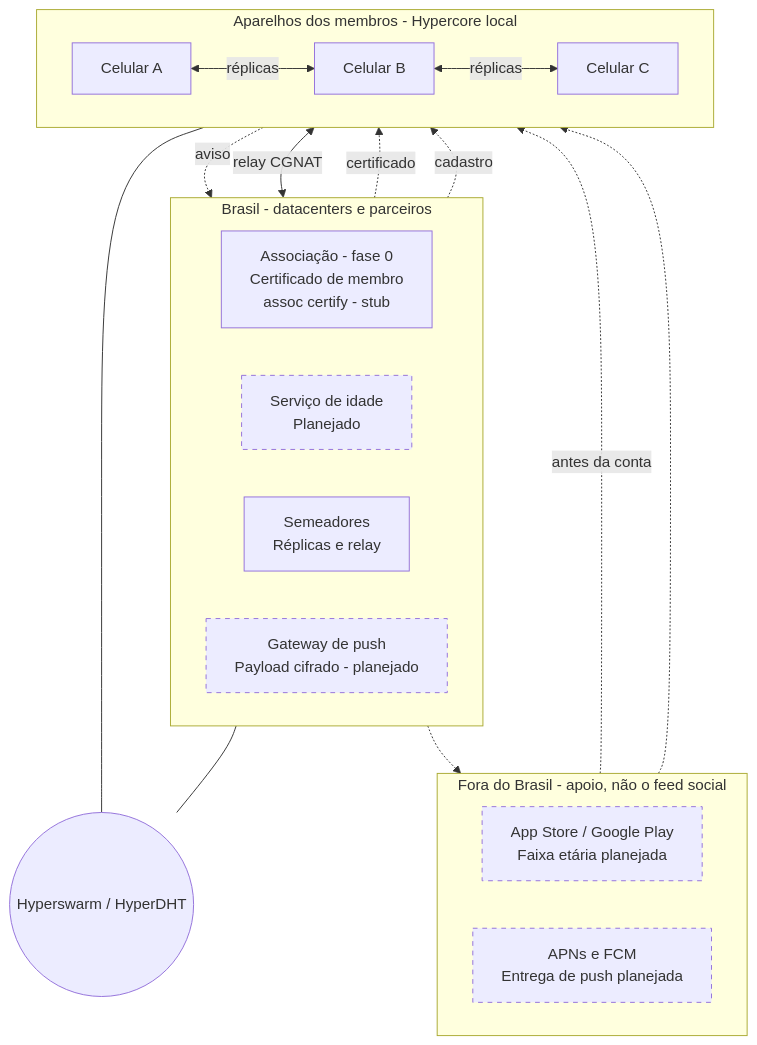
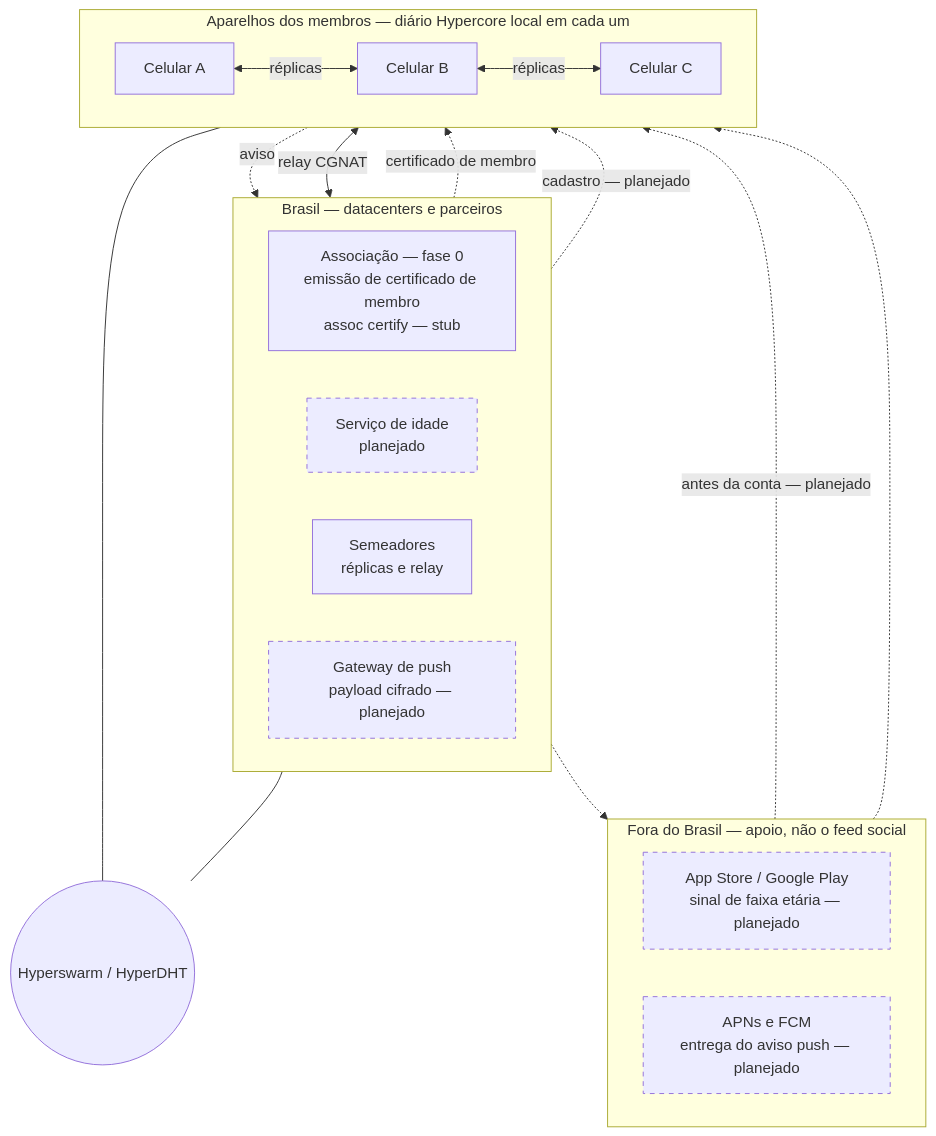
One commit to Varanda-org/varanda changed the first of 3 diagrams in docs/design.md. Above: the diagram before and after it, drawn with Mermaid.

Commit message:
docs(design): restaurar redação do diagrama de arquitetura
Mantém a sintaxe Mermaid segura; volta o texto original nos nós e arestas
em vez de rótulos abreviados ou reformulados.

````diff
--- a/docs/design.md
+++ b/docs/design.md
@@ -42,42 +42,42 @@
 ```mermaid
 flowchart TB
   classDef planned stroke-dasharray: 5 5
 
-  subgraph fora["Fora do Brasil - apoio, não o feed social"]
+  subgraph fora["Fora do Brasil — apoio, não o feed social"]
     direction LR
-    LOJA["App Store / Google Play<br/>Faixa etária planejada"]
-    APNS["APNs e FCM<br/>Entrega de push planejada"]
+    LOJA["App Store / Google Play<br/>sinal de faixa etária — planejado"]
+    APNS["APNs e FCM<br/>entrega do aviso push — planejado"]
   end
 
-  subgraph br["Brasil - datacenters e parceiros"]
+  subgraph br["Brasil — datacenters e parceiros"]
     direction LR
-    ASSOC["Associação - fase 0<br/>Certificado de membro<br/>assoc certify - stub"]
-    IDADE["Serviço de idade<br/>Planejado"]
-    SEM["Semeadores<br/>Réplicas e relay"]
-    PUSH["Gateway de push<br/>Payload cifrado - planejado"]
+    ASSOC["Associação — fase 0<br/>emissão de certificado de membro<br/>assoc certify — stub"]
+    IDADE["Serviço de idade<br/>planejado"]
+    SEM["Semeadores<br/>réplicas e relay"]
+    PUSH["Gateway de push<br/>payload cifrado — planejado"]
   end
 
   DHT(("Hyperswarm / HyperDHT"))
 
-  subgraph cel["Aparelhos dos membros - Hypercore local"]
+  subgraph cel["Aparelhos dos membros — diário Hypercore local em cada um"]
     direction LR
     C1["Celular A"]
     C2["Celular B"]
     C3["Celular C"]
   end
 
   C1 <-->|réplicas| C2
   C2 <-->|réplicas| C3
   C2 --- DHT
   SEM --- DHT
   SEM <-->|relay CGNAT| C2
 
-  LOJA -.->|antes da conta| C1
-  ASSOC -.->|certificado| C3
-  IDADE -.->|cadastro| C3
+  LOJA -.->|antes da conta — planejado| C1
+  ASSOC -.->|certificado de membro| C3
+  IDADE -.->|cadastro — planejado| C3
   C2 -.->|aviso| PUSH
   PUSH -.-> APNS
   APNS -.-> C2
 
   class LOJA,APNS,PUSH,IDADE planned
 ```
````
